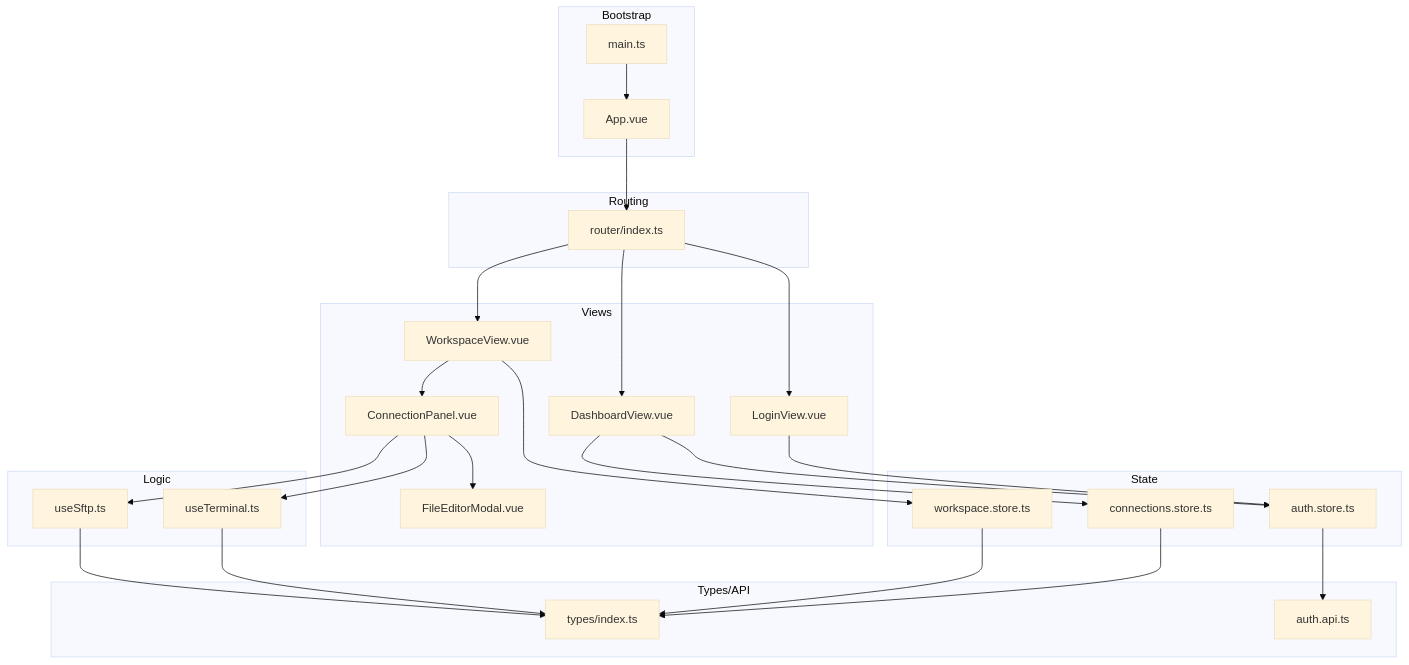
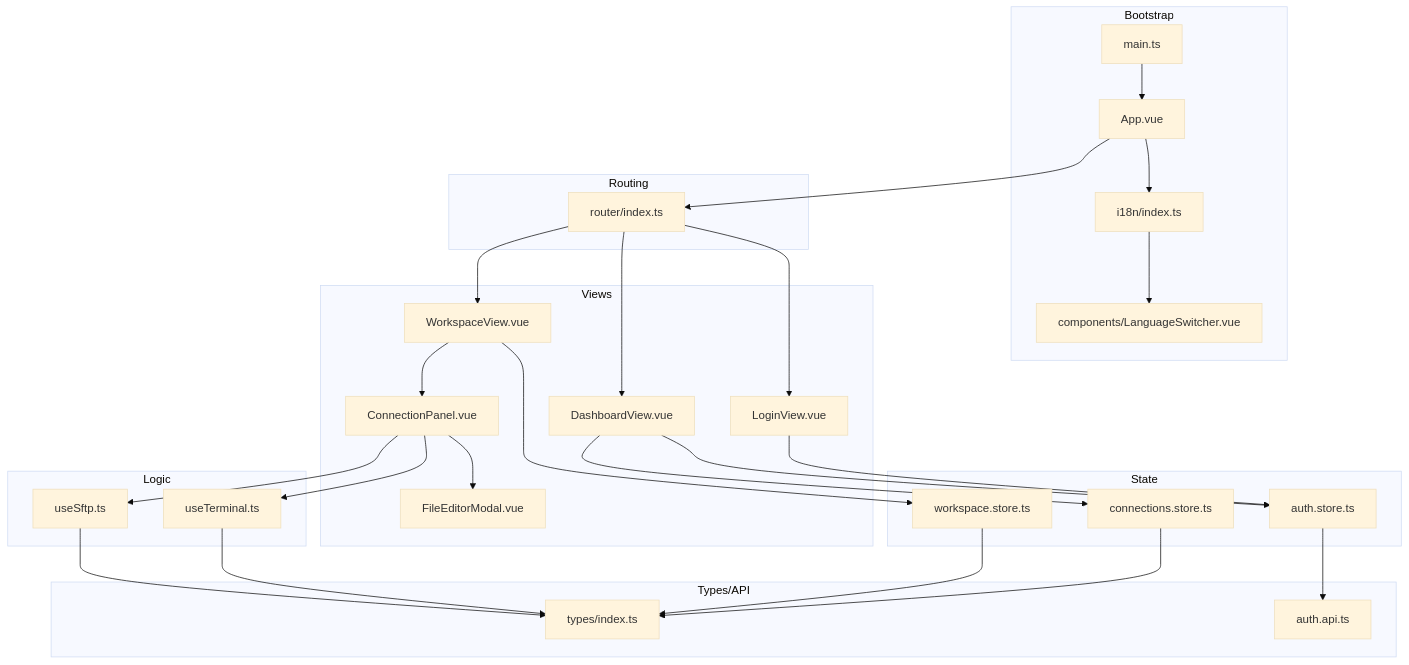
One commit to alickjoe/webterm changed the first of 11 diagrams in .qoder/repowiki/en/content/Frontend Application Architecture/Vue.js Application Structure.md. Above: the diagram before and after it, drawn with Mermaid (base theme). The commit also changed other lines of this file and 3 other files, not shown here.

First line of the commit message:
docs(architecture): 更新架构概览文档内容排版和格式

````diff
--- a/.qoder/repowiki/en/content/Frontend Application Architecture/Vue.js Application Structure.md
+++ b/.qoder/repowiki/en/content/Frontend Application Architecture/Vue.js Application Structure.md
@@ -45,48 +59,52 @@
 ```mermaid
 graph TB
 subgraph "Bootstrap"
 M["main.ts"]
 APP["App.vue"]
+I18N["i18n/index.ts"]
+LS["components/LanguageSwitcher.vue"]
 end
 subgraph "Routing"
 R["router/index.ts"]
 end
 subgraph "Views"
 LV["LoginView.vue"]
 DV["DashboardView.vue"]
 WV["WorkspaceView.vue"]
 CP["ConnectionPanel.vue"]
 FEM["FileEditorModal.vue"]
 end
 subgraph "State"
 AS["auth.store.ts"]
 CS["connections.store.ts"]
 WS["workspace.store.ts"]
 end
 subgraph "Logic"
 UT["useTerminal.ts"]
 US["useSftp.ts"]
 end
 subgraph "Types/API"
 T["types/index.ts"]
 AA["auth.api.ts"]
 end
 M --> APP
+APP --> I18N
+I18N --> LS
 APP --> R
 R --> LV
 R --> DV
 R --> WV
 WV --> CP
 CP --> FEM
 LV --> AS
 DV --> AS
 DV --> CS
 WV --> WS
 CP --> UT
 CP --> US
 AS --> AA
 CS --> T
 WS --> T
 UT --> T
 US --> T
 ```
````
